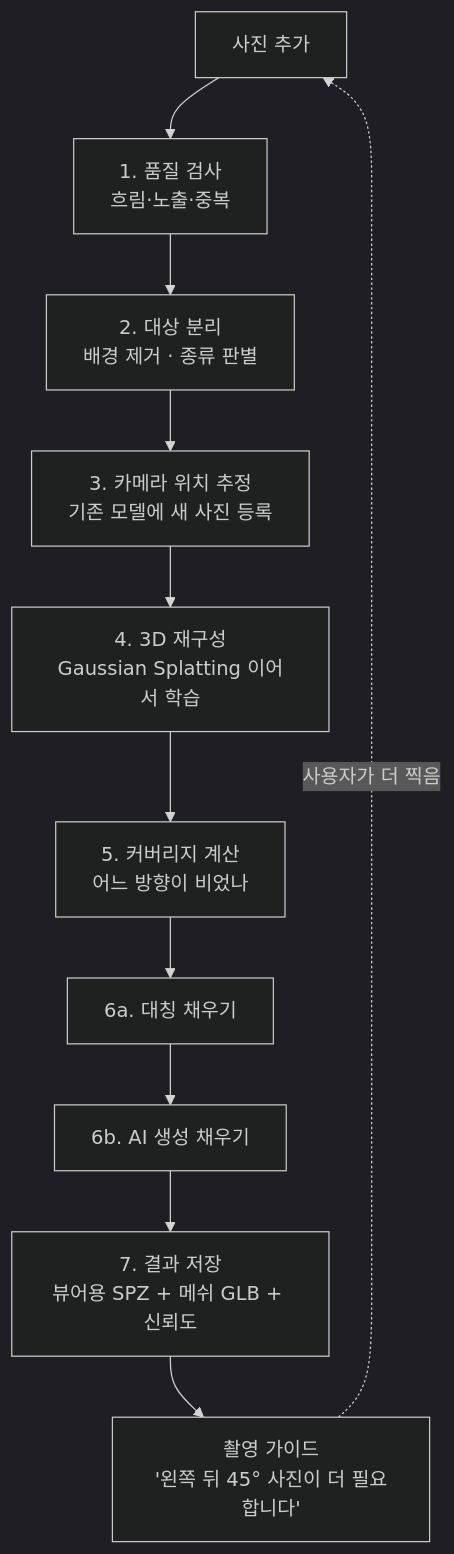
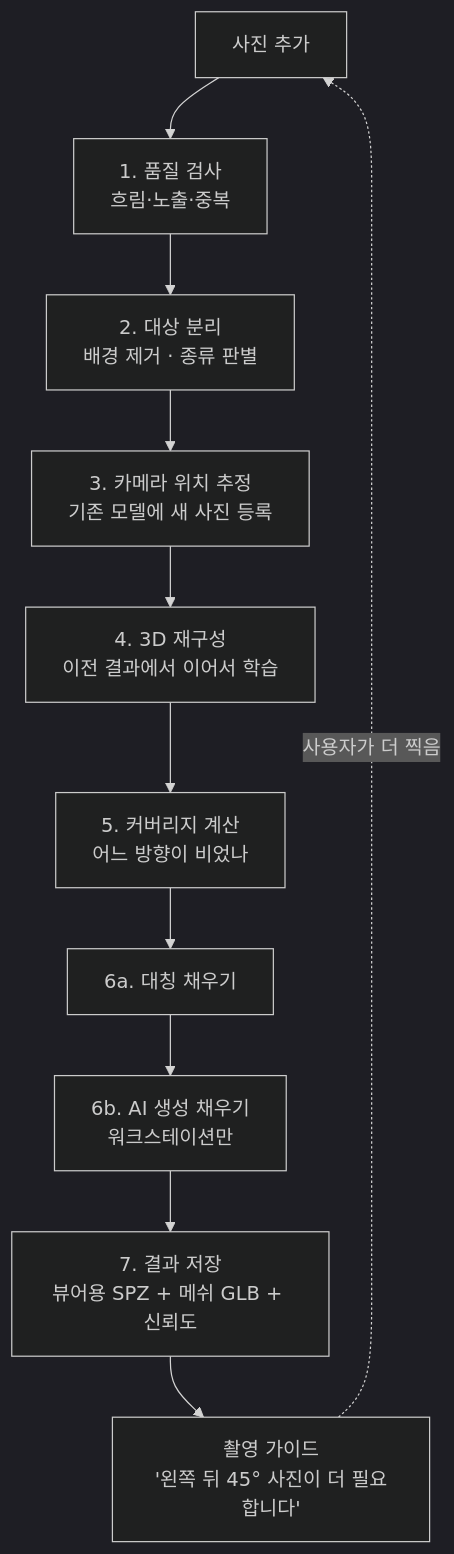
The third of 3 diagrams in photo3d/DESIGN.md (comet3229/comet), drawn with Mermaid (dark theme) before and after one commit. The commit also changed other lines of this file, not shown here.

````diff
--- a/photo3d/DESIGN.md
+++ b/photo3d/DESIGN.md
@@ -57,13 +113,13 @@
 ```mermaid
 flowchart TD
   P[사진 추가] --> QC[1. 품질 검사<br/>흐림·노출·중복]
   QC --> SEG[2. 대상 분리<br/>배경 제거 · 종류 판별]
   SEG --> POSE[3. 카메라 위치 추정<br/>기존 모델에 새 사진 등록]
-  POSE --> REC[4. 3D 재구성<br/>Gaussian Splatting 이어서 학습]
+  POSE --> REC[4. 3D 재구성<br/>이전 결과에서 이어서 학습]
   REC --> COV[5. 커버리지 계산<br/>어느 방향이 비었나]
   COV --> SYM[6a. 대칭 채우기]
-  SYM --> GEN[6b. AI 생성 채우기]
+  SYM --> GEN[6b. AI 생성 채우기<br/>워크스테이션만]
   GEN --> OUT[7. 결과 저장<br/>뷰어용 SPZ + 메쉬 GLB + 신뢰도]
   OUT --> GUIDE[촬영 가이드<br/>'왼쪽 뒤 45° 사진이 더 필요합니다']
   GUIDE -.사용자가 더 찍음.-> P
 ```
````
